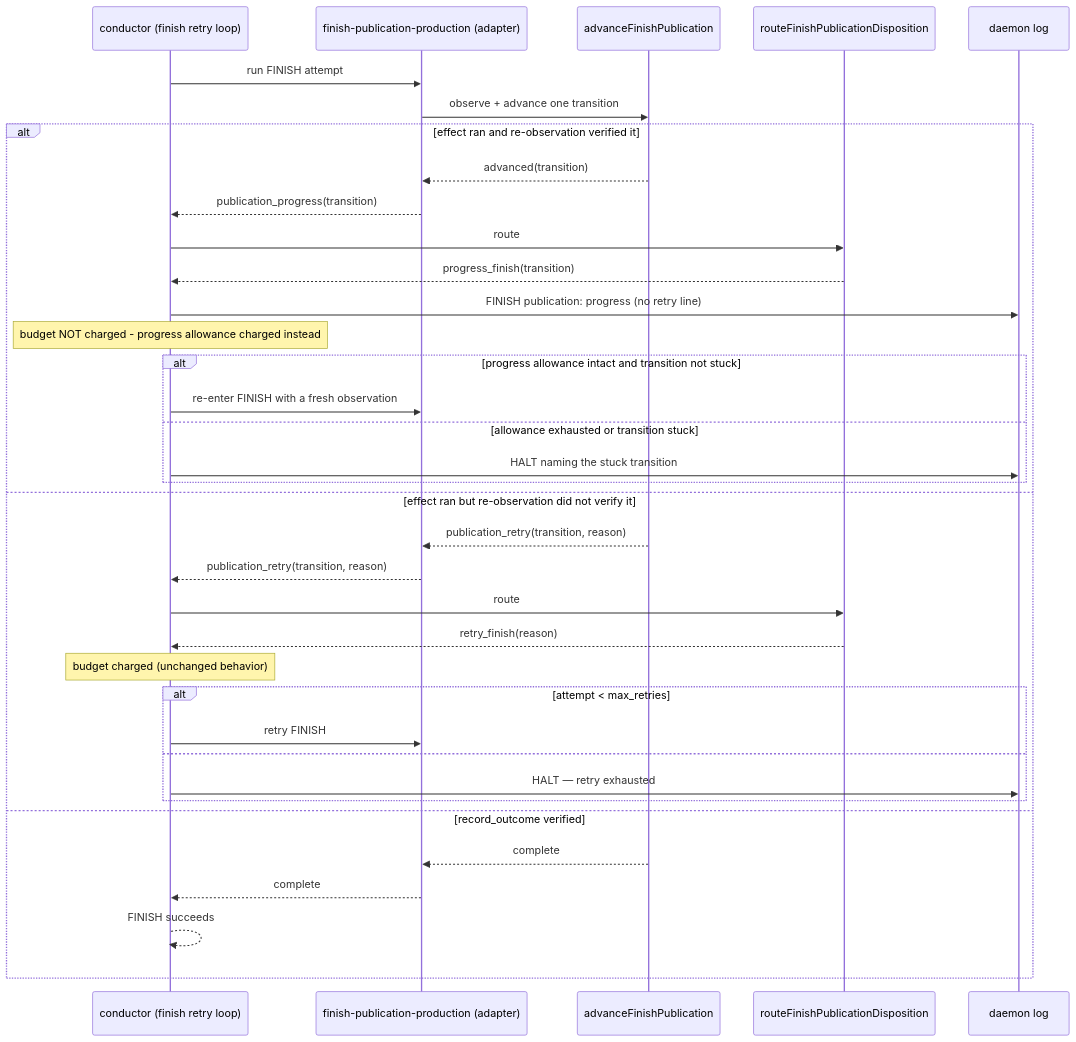
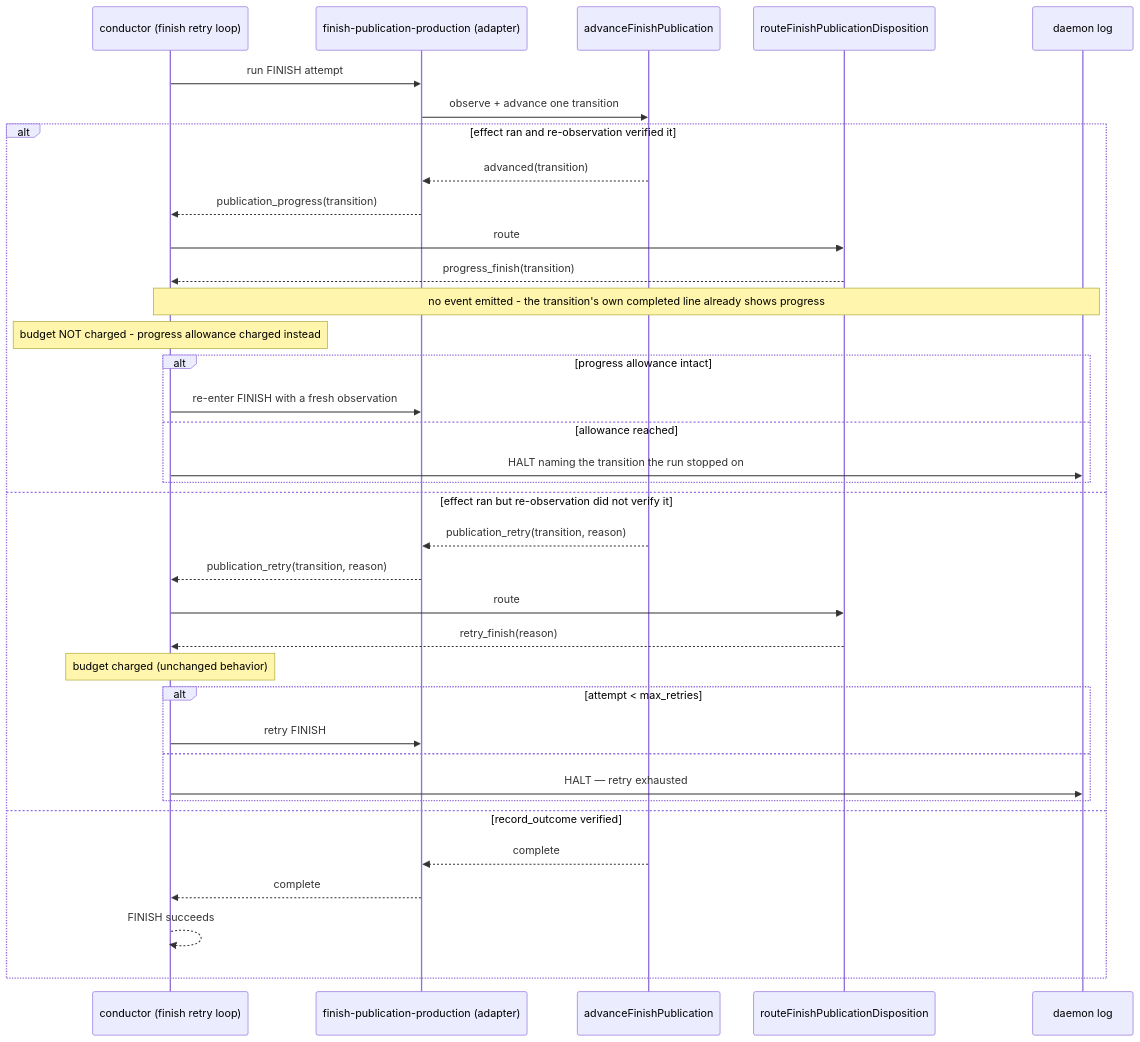
Before and after one commit to jstoup111/ai-conductor: the diagram in .docs/architecture/a-successful-finish-publication-transition-consume.md, drawn with Mermaid. The commit also changed other lines of this file and 6 other files, not shown here.

````diff
--- a/.docs/architecture/a-successful-finish-publication-transition-consume.md
+++ b/.docs/architecture/a-successful-finish-publication-transition-consume.md
@@ -9,40 +9,40 @@
 ```mermaid
 sequenceDiagram
     participant C as conductor (finish retry loop)
     participant P as finish-publication-production (adapter)
     participant A as advanceFinishPublication
     participant R as routeFinishPublicationDisposition
     participant L as daemon log
 
     C->>P: run FINISH attempt
     P->>A: observe + advance one transition
 
     alt effect ran and re-observation verified it
         A-->>P: advanced(transition)
         P-->>C: publication_progress(transition)
         C->>R: route
         R-->>C: progress_finish(transition)
-        C->>L: FINISH publication: progress (no retry line)
+        Note over C,L: no event emitted - the transition's own completed line already shows progress
         Note over C: budget NOT charged - progress allowance charged instead
-        alt progress allowance intact and transition not stuck
+        alt progress allowance intact
             C->>P: re-enter FINISH with a fresh observation
-        else allowance exhausted or transition stuck
-            C->>L: HALT naming the stuck transition
+        else allowance reached
+            C->>L: HALT naming the transition the run stopped on
         end
     else effect ran but re-observation did not verify it
         A-->>P: publication_retry(transition, reason)
         P-->>C: publication_retry(transition, reason)
         C->>R: route
         R-->>C: retry_finish(reason)
         Note over C: budget charged (unchanged behavior)
         alt attempt < max_retries
             C->>P: retry FINISH
         else
             C->>L: HALT — retry exhausted
         end
     else record_outcome verified
         A-->>P: complete
         P-->>C: complete
         C-->>C: FINISH succeeds
     end
 ```
````
